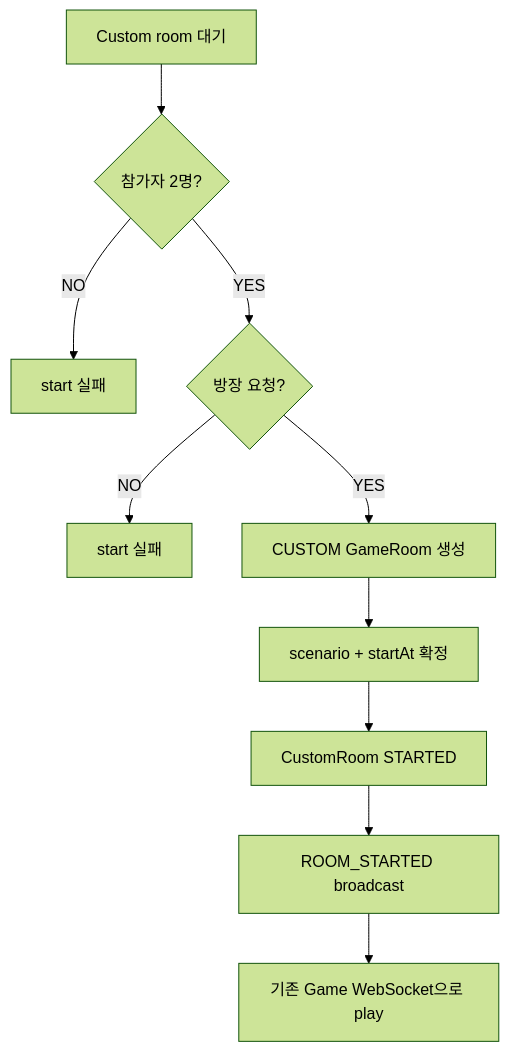
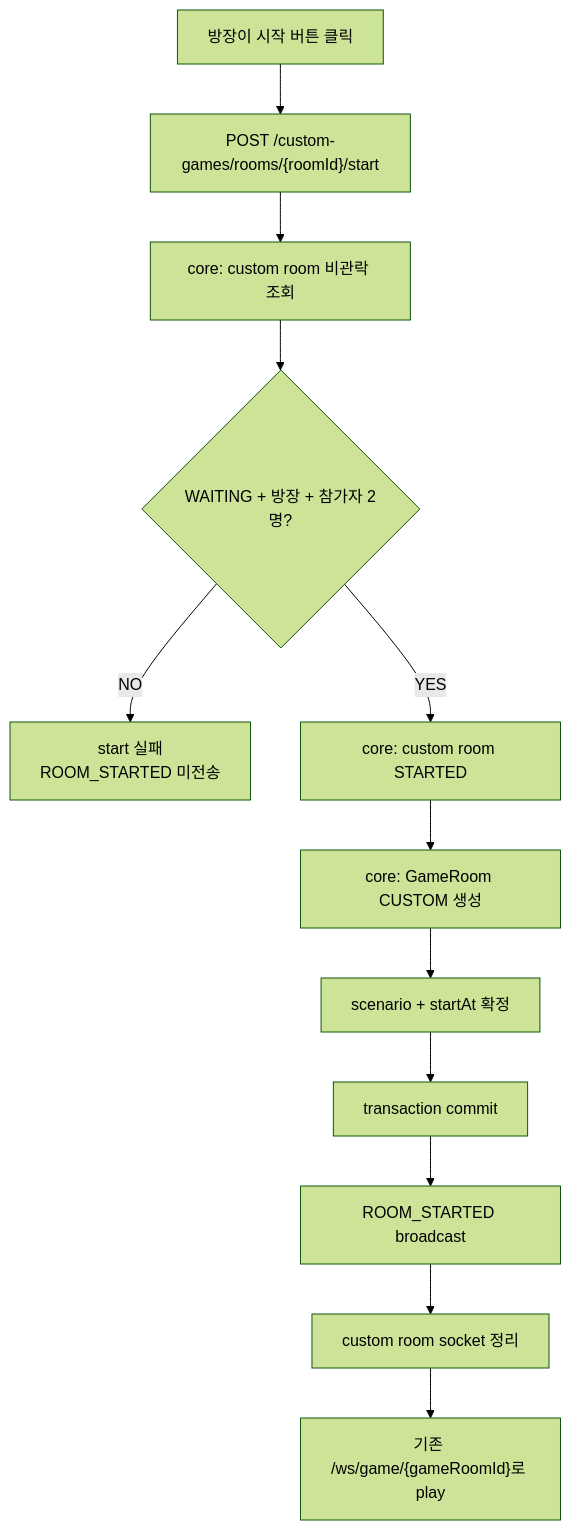
One commit to moonwhistle/League-of-Star changed the second of 3 diagrams in docs/antigravity/backend/issue-130-custom-game-start-room-started.md. Above: the diagram before and after it, drawn with Mermaid (forest theme). The commit also changed other lines of this file, not shown here.

````diff
--- a/docs/antigravity/backend/issue-130-custom-game-start-room-started.md
+++ b/docs/antigravity/backend/issue-130-custom-game-start-room-started.md
@@ -277,12 +277,14 @@
 ```mermaid
 flowchart TD
-    A["Custom room 대기"] --> B{"참가자 2명?"}
-    B -->|NO| C["start 실패"]
-    B -->|YES| D{"방장 요청?"}
-    D -->|NO| E["start 실패"]
-    D -->|YES| F["CUSTOM GameRoom 생성"]
-    F --> G["scenario + startAt 확정"]
-    G --> H["CustomRoom STARTED"]
-    H --> I["ROOM_STARTED broadcast"]
-    I --> J["기존 Game WebSocket으로 play"]
+    A["방장이 시작 버튼 클릭"] --> B["POST /custom-games/rooms/{roomId}/start"]
+    B --> C["core: custom room 비관락 조회"]
+    C --> D{"WAITING + 방장 + 참가자 2명?"}
+    D -->|NO| E["start 실패<br/>ROOM_STARTED 미전송"]
+    D -->|YES| F["core: custom room STARTED"]
+    F --> G["core: GameRoom CUSTOM 생성"]
+    G --> H["scenario + startAt 확정"]
+    H --> I["transaction commit"]
+    I --> J["ROOM_STARTED broadcast"]
+    J --> K["custom room socket 정리"]
+    K --> L["기존 /ws/game/{gameRoomId}로 play"]
 ```
````
